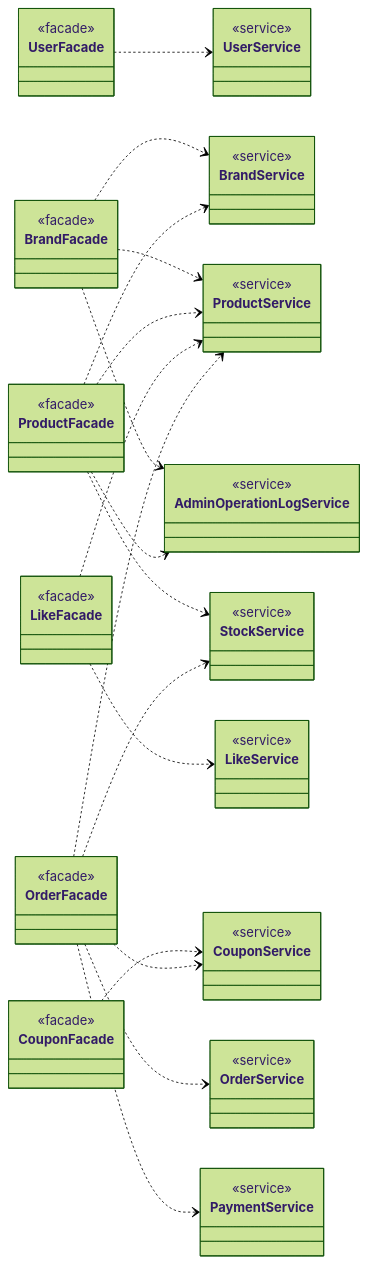
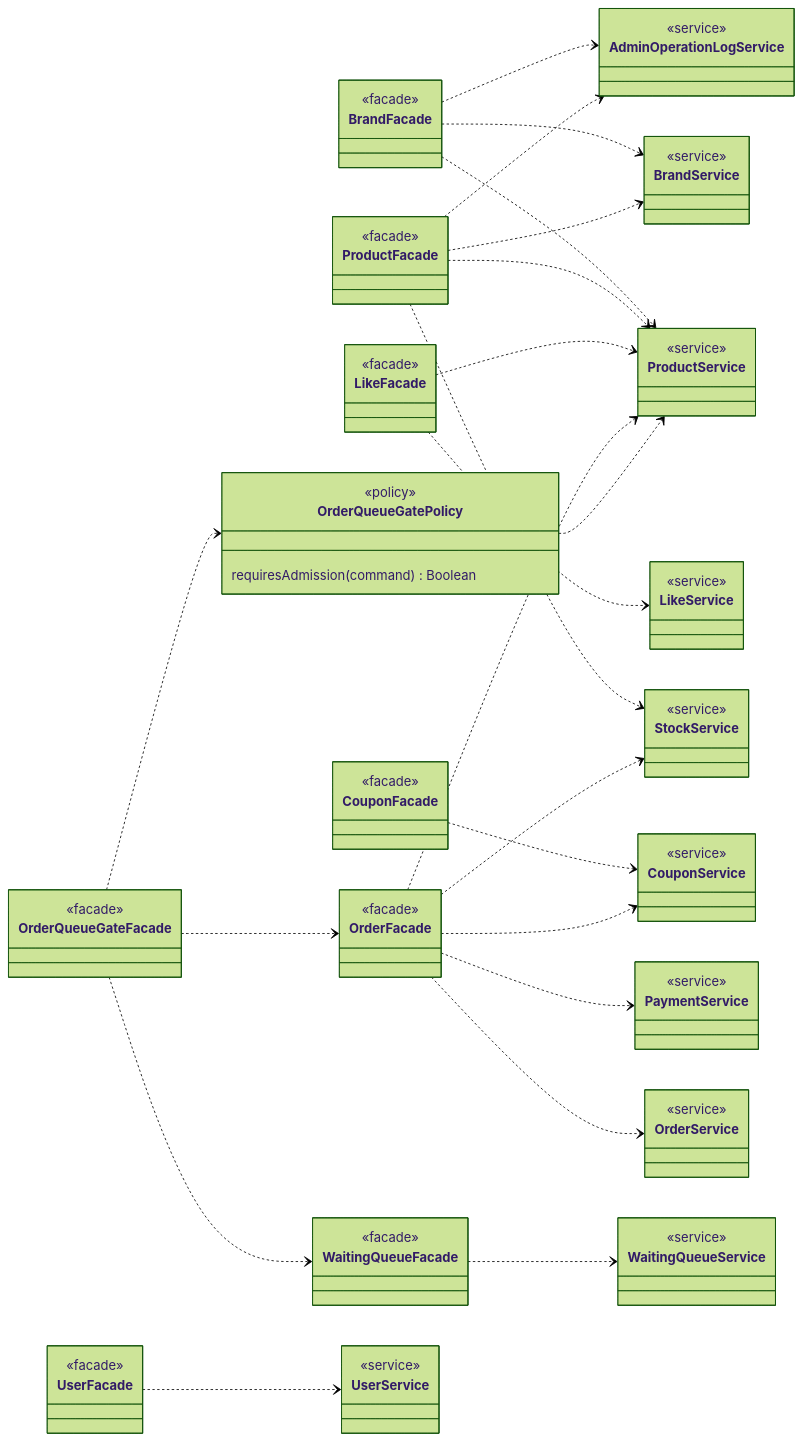
Before and after one commit to loopers-labs/loop-pack-be-l2-vol4-kotlin: the tenth of 11 diagrams in docs/design/03-class-diagram.md, drawn with Mermaid (forest theme). The commit also changed other lines of this file and 3 other files, not shown here.

````diff
--- a/docs/design/03-class-diagram.md
+++ b/docs/design/03-class-diagram.md
@@ -1145,6 +1152,16 @@
         <<facade>>
     }
     class OrderFacade {
+        <<facade>>
+    }
+    class OrderQueueGateFacade {
+        <<facade>>
+    }
+    class OrderQueueGatePolicy {
+        <<policy>>
+        requiresAdmission(command) Boolean
+    }
+    class WaitingQueueFacade {
         <<facade>>
     }
 
@@ -1175,6 +1192,9 @@
     class PaymentService {
         <<service>>
     }
+    class WaitingQueueService {
+        <<service>>
+    }
 
     UserFacade ..> UserService
     BrandFacade ..> BrandService
@@ -1192,4 +1212,9 @@
     OrderFacade ..> StockService
     OrderFacade ..> CouponService
     OrderFacade ..> PaymentService
+    OrderQueueGateFacade ..> WaitingQueueFacade
+    OrderQueueGateFacade ..> OrderFacade
+    OrderQueueGateFacade ..> OrderQueueGatePolicy
+    OrderQueueGatePolicy ..> ProductService
+    WaitingQueueFacade ..> WaitingQueueService
 ```
````
